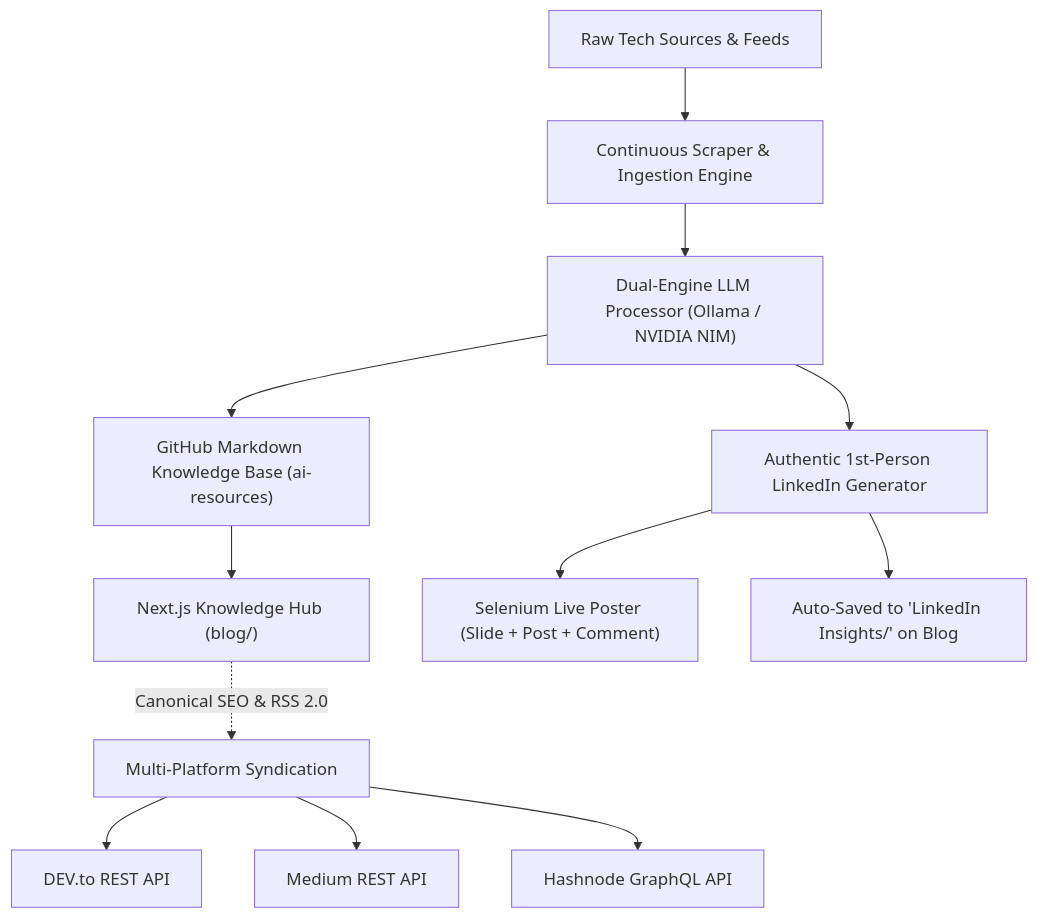
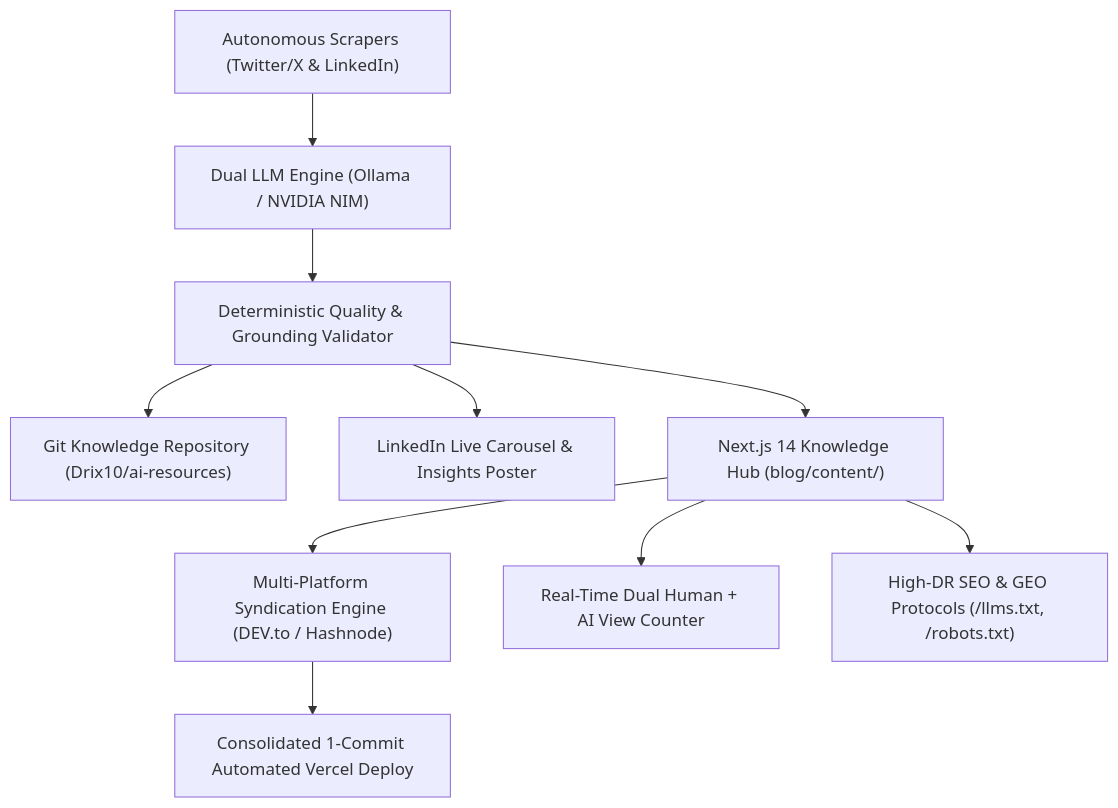
The diagram in README.md (Drix10/ai-resources-pipeline), drawn with Mermaid before and after one commit. The commit also changed other lines of this file and 5 other files, not shown here.

````diff
--- a/README.md
+++ b/README.md
@@ -26,18 +11,12 @@
 ```mermaid
 flowchart TD
-    A["Raw Tech Sources & Feeds"] --> B["Continuous Scraper & Ingestion Engine"]
-    B --> C["Dual-Engine LLM Processor (Ollama / NVIDIA NIM)"]
-    
-    C --> D["GitHub Markdown Knowledge Base (ai-resources)"]
-    C --> E["Authentic 1st-Person LinkedIn Generator"]
-    
-    D --> F["Next.js Knowledge Hub (blog/)"]
-    F -. "Canonical SEO & RSS 2.0" .-> G["Multi-Platform Syndication"]
-    
-    G --> H["DEV.to REST API"]
-    G --> I["Medium REST API"]
-    G --> J["Hashnode GraphQL API"]
-    
-    E --> K["Selenium Live Poster (Slide + Post + Comment)"]
-    E --> L["Auto-Saved to 'LinkedIn Insights/' on Blog"]
+    A["Autonomous Scrapers (Twitter/X & LinkedIn)"] --> B["Dual LLM Engine (Ollama / NVIDIA NIM)"]
+    B --> C["Deterministic Quality & Grounding Validator"]
+    C --> D["Git Knowledge Repository (Drix10/ai-resources)"]
+    C --> E["LinkedIn Live Carousel & Insights Poster"]
+    C --> F["Next.js 14 Knowledge Hub (blog/content/)"]
+    F --> G["Multi-Platform Syndication Engine (DEV.to / Hashnode)"]
+    F --> H["Real-Time Dual Human + AI View Counter"]
+    F --> I["High-DR SEO & GEO Protocols (/llms.txt, /robots.txt)"]
+    G --> J["Consolidated 1-Commit Automated Vercel Deploy"]
 ```
````
